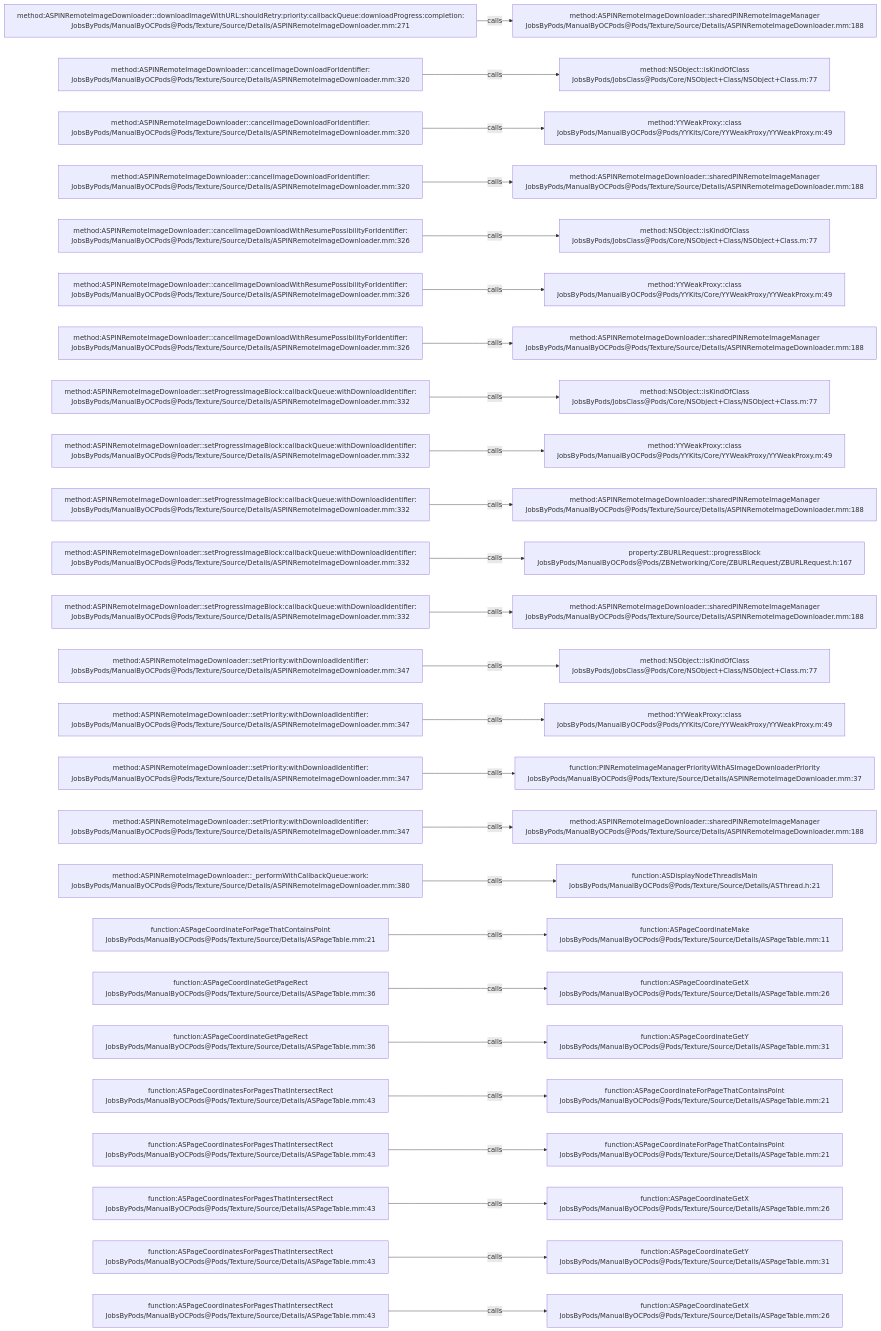
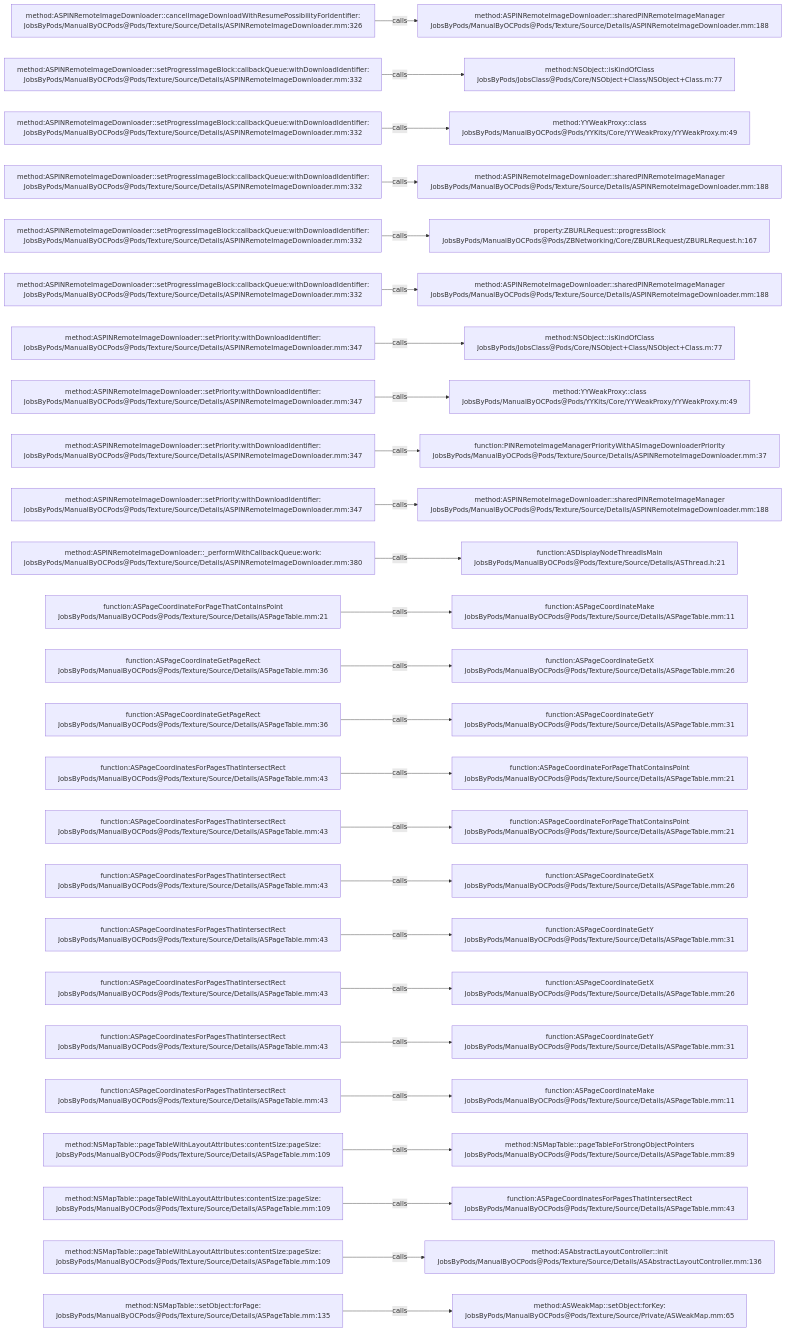
Before and after one commit to JobsKits/JobsOCBaseConfigDemo: the diagram in .codegraph/codegraph.md/graphs/calls-154.md, drawn with Mermaid. The commit also changed 666 other files, not shown here.

````diff
--- a/.codegraph/codegraph.md/graphs/calls-154.md
+++ b/.codegraph/codegraph.md/graphs/calls-154.md
@@ -13,78 +13,78 @@
 ```mermaid
 flowchart LR
-  S1["method:ASPINRemoteImageDownloader::downloadImageWithURL:shouldRetry:priority:callbackQueue:downloadProgress:completion:<br/>JobsByPods/ManualByOCPods@Pods/Texture/Source/Details/ASPINRemoteImageDownloader.mm:271"]
+  S1["method:ASPINRemoteImageDownloader::cancelImageDownloadWithResumePossibilityForIdentifier:<br/>JobsByPods/ManualByOCPods@Pods/Texture/Source/Details/ASPINRemoteImageDownloader.mm:326"]
   T1["method:ASPINRemoteImageDownloader::sharedPINRemoteImageManager<br/>JobsByPods/ManualByOCPods@Pods/Texture/Source/Details/ASPINRemoteImageDownloader.mm:188"]
   S1 -->|calls| T1
-  S2["method:ASPINRemoteImageDownloader::cancelImageDownloadForIdentifier:<br/>JobsByPods/ManualByOCPods@Pods/Texture/Source/Details/ASPINRemoteImageDownloader.mm:320"]
+  S2["method:ASPINRemoteImageDownloader::setProgressImageBlock:callbackQueue:withDownloadIdentifier:<br/>JobsByPods/ManualByOCPods@Pods/Texture/Source/Details/ASPINRemoteImageDownloader.mm:332"]
   T2["method:NSObject::isKindOfClass<br/>JobsByPods/JobsClass@Pods/Core/NSObject+Class/NSObject+Class.m:77"]
   S2 -->|calls| T2
-  S3["method:ASPINRemoteImageDownloader::cancelImageDownloadForIdentifier:<br/>JobsByPods/ManualByOCPods@Pods/Texture/Source/Details/ASPINRemoteImageDownloader.mm:320"]
+  S3["method:ASPINRemoteImageDownloader::setProgressImageBlock:callbackQueue:withDownloadIdentifier:<br/>JobsByPods/ManualByOCPods@Pods/Texture/Source/Details/ASPINRemoteImageDownloader.mm:332"]
   T3["method:YYWeakProxy::class<br/>JobsByPods/ManualByOCPods@Pods/YYKits/Core/YYWeakProxy/YYWeakProxy.m:49"]
   S3 -->|calls| T3
-  S4["method:ASPINRemoteImageDownloader::cancelImageDownloadForIdentifier:<br/>JobsByPods/ManualByOCPods@Pods/Texture/Source/Details/ASPINRemoteImageDownloader.mm:320"]
+  S4["method:ASPINRemoteImageDownloader::setProgressImageBlock:callbackQueue:withDownloadIdentifier:<br/>JobsByPods/ManualByOCPods@Pods/Texture/Source/Details/ASPINRemoteImageDownloader.mm:332"]
   T4["method:ASPINRemoteImageDownloader::sharedPINRemoteImageManager<br/>JobsByPods/ManualByOCPods@Pods/Texture/Source/Details/ASPINRemoteImageDownloader.mm:188"]
   S4 -->|calls| T4
-  S5["method:ASPINRemoteImageDownloader::cancelImageDownloadWithResumePossibilityForIdentifier:<br/>JobsByPods/ManualByOCPods@Pods/Texture/Source/Details/ASPINRemoteImageDownloader.mm:326"]
-  T5["method:NSObject::isKindOfClass<br/>JobsByPods/JobsClass@Pods/Core/NSObject+Class/NSObject+Class.m:77"]
+  S5["method:ASPINRemoteImageDownloader::setProgressImageBlock:callbackQueue:withDownloadIdentifier:<br/>JobsByPods/ManualByOCPods@Pods/Texture/Source/Details/ASPINRemoteImageDownloader.mm:332"]
+  T5["property:ZBURLRequest::progressBlock<br/>JobsByPods/ManualByOCPods@Pods/ZBNetworking/Core/ZBURLRequest/ZBURLRequest.h:167"]
   S5 -->|calls| T5
-  S6["method:ASPINRemoteImageDownloader::cancelImageDownloadWithResumePossibilityForIdentifier:<br/>JobsByPods/ManualByOCPods@Pods/Texture/Source/Details/ASPINRemoteImageDownloader.mm:326"]
-  T6["method:YYWeakProxy::class<br/>JobsByPods/ManualByOCPods@Pods/YYKits/Core/YYWeakProxy/YYWeakProxy.m:49"]
+  S6["method:ASPINRemoteImageDownloader::setProgressImageBlock:callbackQueue:withDownloadIdentifier:<br/>JobsByPods/ManualByOCPods@Pods/Texture/Source/Details/ASPINRemoteImageDownloader.mm:332"]
+  T6["method:ASPINRemoteImageDownloader::sharedPINRemoteImageManager<br/>JobsByPods/ManualByOCPods@Pods/Texture/Source/Details/ASPINRemoteImageDownloader.mm:188"]
   S6 -->|calls| T6
-  S7["method:ASPINRemoteImageDownloader::cancelImageDownloadWithResumePossibilityForIdentifier:<br/>JobsByPods/ManualByOCPods@Pods/Texture/Source/Details/ASPINRemoteImageDownloader.mm:326"]
-  T7["method:ASPINRemoteImageDownloader::sharedPINRemoteImageManager<br/>JobsByPods/ManualByOCPods@Pods/Texture/Source/Details/ASPINRemoteImageDownloader.mm:188"]
+  S7["method:ASPINRemoteImageDownloader::setPriority:withDownloadIdentifier:<br/>JobsByPods/ManualByOCPods@Pods/Texture/Source/Details/ASPINRemoteImageDownloader.mm:347"]
+  T7["method:NSObject::isKindOfClass<br/>JobsByPods/JobsClass@Pods/Core/NSObject+Class/NSObject+Class.m:77"]
   S7 -->|calls| T7
-  S8["method:ASPINRemoteImageDownloader::setProgressImageBlock:callbackQueue:withDownloadIdentifier:<br/>JobsByPods/ManualByOCPods@Pods/Texture/Source/Details/ASPINRemoteImageDownloader.mm:332"]
-  T8["method:NSObject::isKindOfClass<br/>JobsByPods/JobsClass@Pods/Core/NSObject+Class/NSObject+Class.m:77"]
+  S8["method:ASPINRemoteImageDownloader::setPriority:withDownloadIdentifier:<br/>JobsByPods/ManualByOCPods@Pods/Texture/Source/Details/ASPINRemoteImageDownloader.mm:347"]
+  T8["method:YYWeakProxy::class<br/>JobsByPods/ManualByOCPods@Pods/YYKits/Core/YYWeakProxy/YYWeakProxy.m:49"]
   S8 -->|calls| T8
-  S9["method:ASPINRemoteImageDownloader::setProgressImageBlock:callbackQueue:withDownloadIdentifier:<br/>JobsByPods/ManualByOCPods@Pods/Texture/Source/Details/ASPINRemoteImageDownloader.mm:332"]
-  T9["method:YYWeakProxy::class<br/>JobsByPods/ManualByOCPods@Pods/YYKits/Core/YYWeakProxy/YYWeakProxy.m:49"]
+  S9["method:ASPINRemoteImageDownloader::setPriority:withDownloadIdentifier:<br/>JobsByPods/ManualByOCPods@Pods/Texture/Source/Details/ASPINRemoteImageDownloader.mm:347"]
+  T9["function:PINRemoteImageManagerPriorityWithASImageDownloaderPriority<br/>JobsByPods/ManualByOCPods@Pods/Texture/Source/Details/ASPINRemoteImageDownloader.mm:37"]
   S9 -->|calls| T9
-  S10["method:ASPINRemoteImageDownloader::setProgressImageBlock:callbackQueue:withDownloadIdentifier:<br/>JobsByPods/ManualByOCPods@Pods/Texture/Source/Details/ASPINRemoteImageDownloader.mm:332"]
+  S10["method:ASPINRemoteImageDownloader::setPriority:withDownloadIdentifier:<br/>JobsByPods/ManualByOCPods@Pods/Texture/Source/Details/ASPINRemoteImageDownloader.mm:347"]
   T10["method:ASPINRemoteImageDownloader::sharedPINRemoteImageManager<br/>JobsByPods/ManualByOCPods@Pods/Texture/Source/Details/ASPINRemoteImageDownloader.mm:188"]
   S10 -->|calls| T10
-  S11["method:ASPINRemoteImageDownloader::setProgressImageBlock:callbackQueue:withDownloadIdentifier:<br/>JobsByPods/ManualByOCPods@Pods/Texture/Source/Details/ASPINRemoteImageDownloader.mm:332"]
-  T11["property:ZBURLRequest::progressBlock<br/>JobsByPods/ManualByOCPods@Pods/ZBNetworking/Core/ZBURLRequest/ZBURLRequest.h:167"]
+  S11["method:ASPINRemoteImageDownloader::_performWithCallbackQueue:work:<br/>JobsByPods/ManualByOCPods@Pods/Texture/Source/Details/ASPINRemoteImageDownloader.mm:380"]
+  T11["function:ASDisplayNodeThreadIsMain<br/>JobsByPods/ManualByOCPods@Pods/Texture/Source/Details/ASThread.h:21"]
   S11 -->|calls| T11
-  S12["method:ASPINRemoteImageDownloader::setProgressImageBlock:callbackQueue:withDownloadIdentifier:<br/>JobsByPods/ManualByOCPods@Pods/Texture/Source/Details/ASPINRemoteImageDownloader.mm:332"]
-  T12["method:ASPINRemoteImageDownloader::sharedPINRemoteImageManager<br/>JobsByPods/ManualByOCPods@Pods/Texture/Source/Details/ASPINRemoteImageDownloader.mm:188"]
+  S12["function:ASPageCoordinateForPageThatContainsPoint<br/>JobsByPods/ManualByOCPods@Pods/Texture/Source/Details/ASPageTable.mm:21"]
+  T12["function:ASPageCoordinateMake<br/>JobsByPods/ManualByOCPods@Pods/Texture/Source/Details/ASPageTable.mm:11"]
   S12 -->|calls| T12
-  S13["method:ASPINRemoteImageDownloader::setPriority:withDownloadIdentifier:<br/>JobsByPods/ManualByOCPods@Pods/Texture/Source/Details/ASPINRemoteImageDownloader.mm:347"]
-  T13["method:NSObject::isKindOfClass<br/>JobsByPods/JobsClass@Pods/Core/NSObject+Class/NSObject+Class.m:77"]
+  S13["function:ASPageCoordinateGetPageRect<br/>JobsByPods/ManualByOCPods@Pods/Texture/Source/Details/ASPageTable.mm:36"]
+  T13["function:ASPageCoordinateGetX<br/>JobsByPods/ManualByOCPods@Pods/Texture/Source/Details/ASPageTable.mm:26"]
   S13 -->|calls| T13
-  S14["method:ASPINRemoteImageDownloader::setPriority:withDownloadIdentifier:<br/>JobsByPods/ManualByOCPods@Pods/Texture/Source/Details/ASPINRemoteImageDownloader.mm:347"]
-  T14["method:YYWeakProxy::class<br/>JobsByPods/ManualByOCPods@Pods/YYKits/Core/YYWeakProxy/YYWeakProxy.m:49"]
+  S14["function:ASPageCoordinateGetPageRect<br/>JobsByPods/ManualByOCPods@Pods/Texture/Source/Details/ASPageTable.mm:36"]
+  T14["function:ASPageCoordinateGetY<br/>JobsByPods/ManualByOCPods@Pods/Texture/Source/Details/ASPageTable.mm:31"]
   S14 -->|calls| T14
-  S15["method:ASPINRemoteImageDownloader::setPriority:withDownloadIdentifier:<br/>JobsByPods/ManualByOCPods@Pods/Texture/Source/Details/ASPINRemoteImageDownloader.mm:347"]
-  T15["function:PINRemoteImageManagerPriorityWithASImageDownloaderPriority<br/>JobsByPods/ManualByOCPods@Pods/Texture/Source/Details/ASPINRemoteImageDownloader.mm:37"]
+  S15["function:ASPageCoordinatesForPagesThatIntersectRect<br/>JobsByPods/ManualByOCPods@Pods/Texture/Source/Details/ASPageTable.mm:43"]
+  T15["function:ASPageCoordinateForPageThatContainsPoint<br/>JobsByPods/ManualByOCPods@Pods/Texture/Source/Details/ASPageTable.mm:21"]
   S15 -->|calls| T15
-  S16["method:ASPINRemoteImageDownloader::setPriority:withDownloadIdentifier:<br/>JobsByPods/ManualByOCPods@Pods/Texture/Source/Details/ASPINRemoteImageDownloader.mm:347"]
-  T16["method:ASPINRemoteImageDownloader::sharedPINRemoteImageManager<br/>JobsByPods/ManualByOCPods@Pods/Texture/Source/Details/ASPINRemoteImageDownloader.mm:188"]
+  S16["function:ASPageCoordinatesForPagesThatIntersectRect<br/>JobsByPods/ManualByOCPods@Pods/Texture/Source/Details/ASPageTable.mm:43"]
+  T16["function:ASPageCoordinateForPageThatContainsPoint<br/>JobsByPods/ManualByOCPods@Pods/Texture/Source/Details/ASPageTable.mm:21"]
   S16 -->|calls| T16
-  S17["method:ASPINRemoteImageDownloader::_performWithCallbackQueue:work:<br/>JobsByPods/ManualByOCPods@Pods/Texture/Source/Details/ASPINRemoteImageDownloader.mm:380"]
-  T17["function:ASDisplayNodeThreadIsMain<br/>JobsByPods/ManualByOCPods@Pods/Texture/Source/Details/ASThread.h:21"]
+  S17["function:ASPageCoordinatesForPagesThatIntersectRect<br/>JobsByPods/ManualByOCPods@Pods/Texture/Source/Details/ASPageTable.mm:43"]
+  T17["function:ASPageCoordinateGetX<br/>JobsByPods/ManualByOCPods@Pods/Texture/Source/Details/ASPageTable.mm:26"]
   S17 -->|calls| T17
-  S18["function:ASPageCoordinateForPageThatContainsPoint<br/>JobsByPods/ManualByOCPods@Pods/Texture/Source/Details/ASPageTable.mm:21"]
-  T18["function:ASPageCoordinateMake<br/>JobsByPods/ManualByOCPods@Pods/Texture/Source/Details/ASPageTable.mm:11"]
+  S18["function:ASPageCoordinatesForPagesThatIntersectRect<br/>JobsByPods/ManualByOCPods@Pods/Texture/Source/Details/ASPageTable.mm:43"]
+  T18["function:ASPageCoordinateGetY<br/>JobsByPods/ManualByOCPods@Pods/Texture/Source/Details/ASPageTable.mm:31"]
   S18 -->|calls| T18
-  S19["function:ASPageCoordinateGetPageRect<br/>JobsByPods/ManualByOCPods@Pods/Texture/Source/Details/ASPageTable.mm:36"]
+  S19["function:ASPageCoordinatesForPagesThatIntersectRect<br/>JobsByPods/ManualByOCPods@Pods/Texture/Source/Details/ASPageTable.mm:43"]
   T19["function:ASPageCoordinateGetX<br/>JobsByPods/ManualByOCPods@Pods/Texture/Source/Details/ASPageTable.mm:26"]
   S19 -->|calls| T19
-  S20["function:ASPageCoordinateGetPageRect<br/>JobsByPods/ManualByOCPods@Pods/Texture/Source/Details/ASPageTable.mm:36"]
+  S20["function:ASPageCoordinatesForPagesThatIntersectRect<br/>JobsByPods/ManualByOCPods@Pods/Texture/Source/Details/ASPageTable.mm:43"]
   T20["function:ASPageCoordinateGetY<br/>JobsByPods/ManualByOCPods@Pods/Texture/Source/Details/ASPageTable.mm:31"]
   S20 -->|calls| T20
   S21["function:ASPageCoordinatesForPagesThatIntersectRect<br/>JobsByPods/ManualByOCPods@Pods/Texture/Source/Details/ASPageTable.mm:43"]
-  T21["function:ASPageCoordinateForPageThatContainsPoint<br/>JobsByPods/ManualByOCPods@Pods/Texture/Source/Details/ASPageTable.mm:21"]
+  T21["function:ASPageCoordinateMake<br/>JobsByPods/ManualByOCPods@Pods/Texture/Source/Details/ASPageTable.mm:11"]
   S21 -->|calls| T21
-  S22["function:ASPageCoordinatesForPagesThatIntersectRect<br/>JobsByPods/ManualByOCPods@Pods/Texture/Source/Details/ASPageTable.mm:43"]
-  T22["function:ASPageCoordinateForPageThatContainsPoint<br/>JobsByPods/ManualByOCPods@Pods/Texture/Source/Details/ASPageTable.mm:21"]
+  S22["method:NSMapTable::pageTableWithLayoutAttributes:contentSize:pageSize:<br/>JobsByPods/ManualByOCPods@Pods/Texture/Source/Details/ASPageTable.mm:109"]
+  T22["method:NSMapTable::pageTableForStrongObjectPointers<br/>JobsByPods/ManualByOCPods@Pods/Texture/Source/Details/ASPageTable.mm:89"]
   S22 -->|calls| T22
-  S23["function:ASPageCoordinatesForPagesThatIntersectRect<br/>JobsByPods/ManualByOCPods@Pods/Texture/Source/Details/ASPageTable.mm:43"]
-  T23["function:ASPageCoordinateGetX<br/>JobsByPods/ManualByOCPods@Pods/Texture/Source/Details/ASPageTable.mm:26"]
+  S23["method:NSMapTable::pageTableWithLayoutAttributes:contentSize:pageSize:<br/>JobsByPods/ManualByOCPods@Pods/Texture/Source/Details/ASPageTable.mm:109"]
+  T23["function:ASPageCoordinatesForPagesThatIntersectRect<br/>JobsByPods/ManualByOCPods@Pods/Texture/Source/Details/ASPageTable.mm:43"]
   S23 -->|calls| T23
-  S24["function:ASPageCoordinatesForPagesThatIntersectRect<br/>JobsByPods/ManualByOCPods@Pods/Texture/Source/Details/ASPageTable.mm:43"]
-  T24["function:ASPageCoordinateGetY<br/>JobsByPods/ManualByOCPods@Pods/Texture/Source/Details/ASPageTable.mm:31"]
+  S24["method:NSMapTable::pageTableWithLayoutAttributes:contentSize:pageSize:<br/>JobsByPods/ManualByOCPods@Pods/Texture/Source/Details/ASPageTable.mm:109"]
+  T24["method:ASAbstractLayoutController::init<br/>JobsByPods/ManualByOCPods@Pods/Texture/Source/Details/ASAbstractLayoutController.mm:136"]
   S24 -->|calls| T24
-  S25["function:ASPageCoordinatesForPagesThatIntersectRect<br/>JobsByPods/ManualByOCPods@Pods/Texture/Source/Details/ASPageTable.mm:43"]
-  T25["function:ASPageCoordinateGetX<br/>JobsByPods/ManualByOCPods@Pods/Texture/Source/Details/ASPageTable.mm:26"]
+  S25["method:NSMapTable::setObject:forPage:<br/>JobsByPods/ManualByOCPods@Pods/Texture/Source/Details/ASPageTable.mm:135"]
+  T25["method:ASWeakMap::setObject:forKey:<br/>JobsByPods/ManualByOCPods@Pods/Texture/Source/Private/ASWeakMap.mm:65"]
   S25 -->|calls| T25
 ```
````
